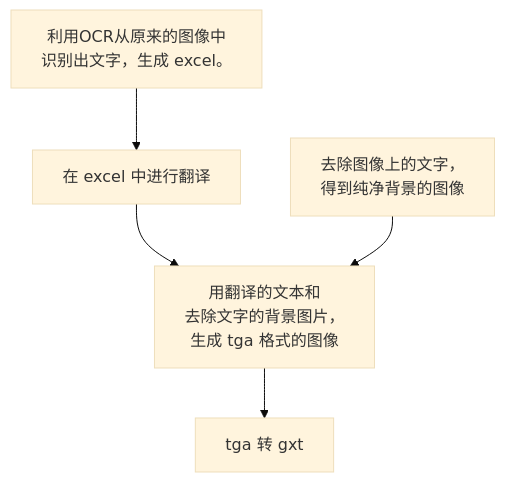
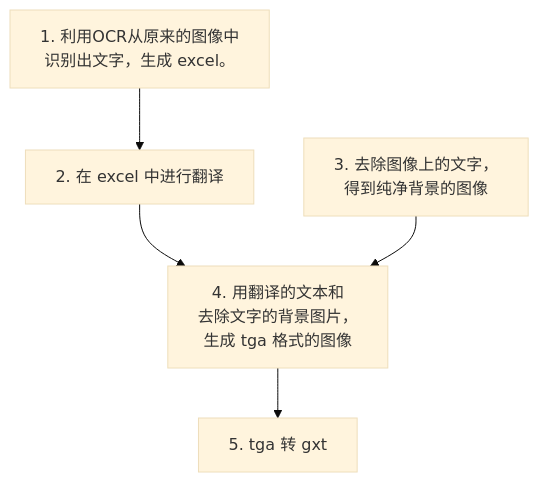
Before and after one commit to noword/game_localize: the diagram in notes/Ginsei Igo Next Generation/chapter_2.md, drawn with Mermaid (base theme). The commit also changed other lines of this file, not shown here.

````diff
--- a/notes/Ginsei Igo Next Generation/chapter_2.md
+++ b/notes/Ginsei Igo Next Generation/chapter_2.md
@@ -31,16 +31,16 @@
 ```mermaid
 flowchart TD;
-  A["`利用OCR从原来的图像中
-  识别出文字，生成 excel。`"];
-  B["在 excel 中进行翻译"];
-  C["`去除图像上的文字，
-  得到纯净背景的图像`"];
-  D["`用翻译的文本和
+  A["1. 利用OCR从原来的图像中
+  识别出文字，生成 excel。"];
+  B["2. 在 excel 中进行翻译"];
+  C["3. 去除图像上的文字，
+  得到纯净背景的图像"];
+  D["4. 用翻译的文本和
   去除文字的背景图片，
-  生成 tga 格式的图像`"];
-  E["tga 转 gxt"];
+  生成 tga 格式的图像"];
+  E["5. tga 转 gxt"];
   A-->B;
   B-->D;
   C-->D;
   D-->E;
 ```
````
